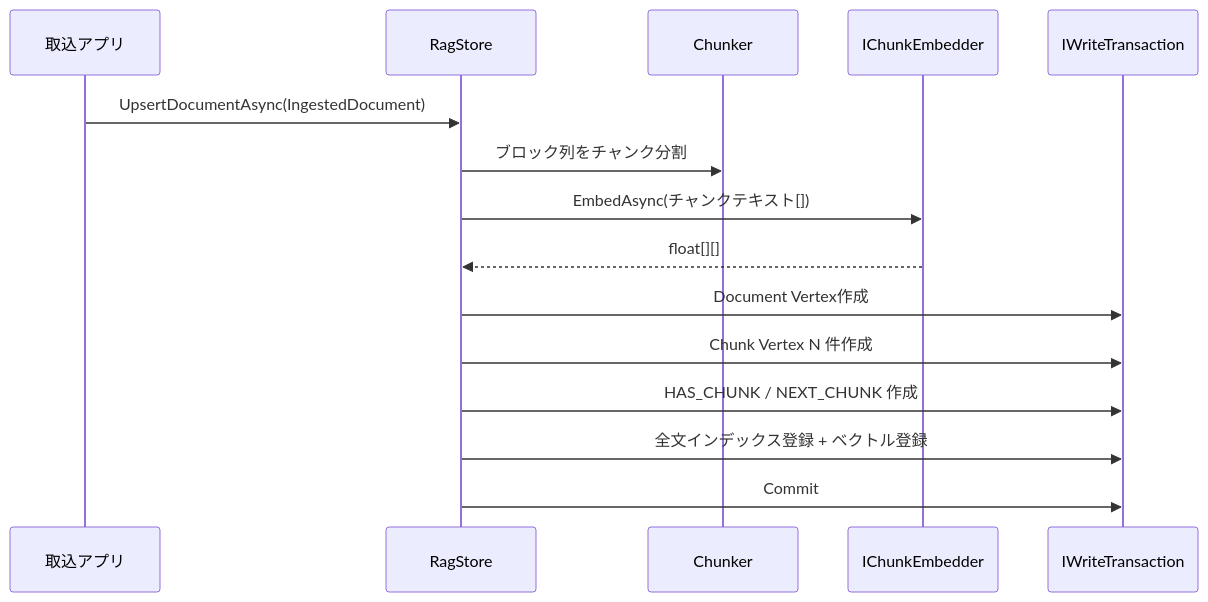
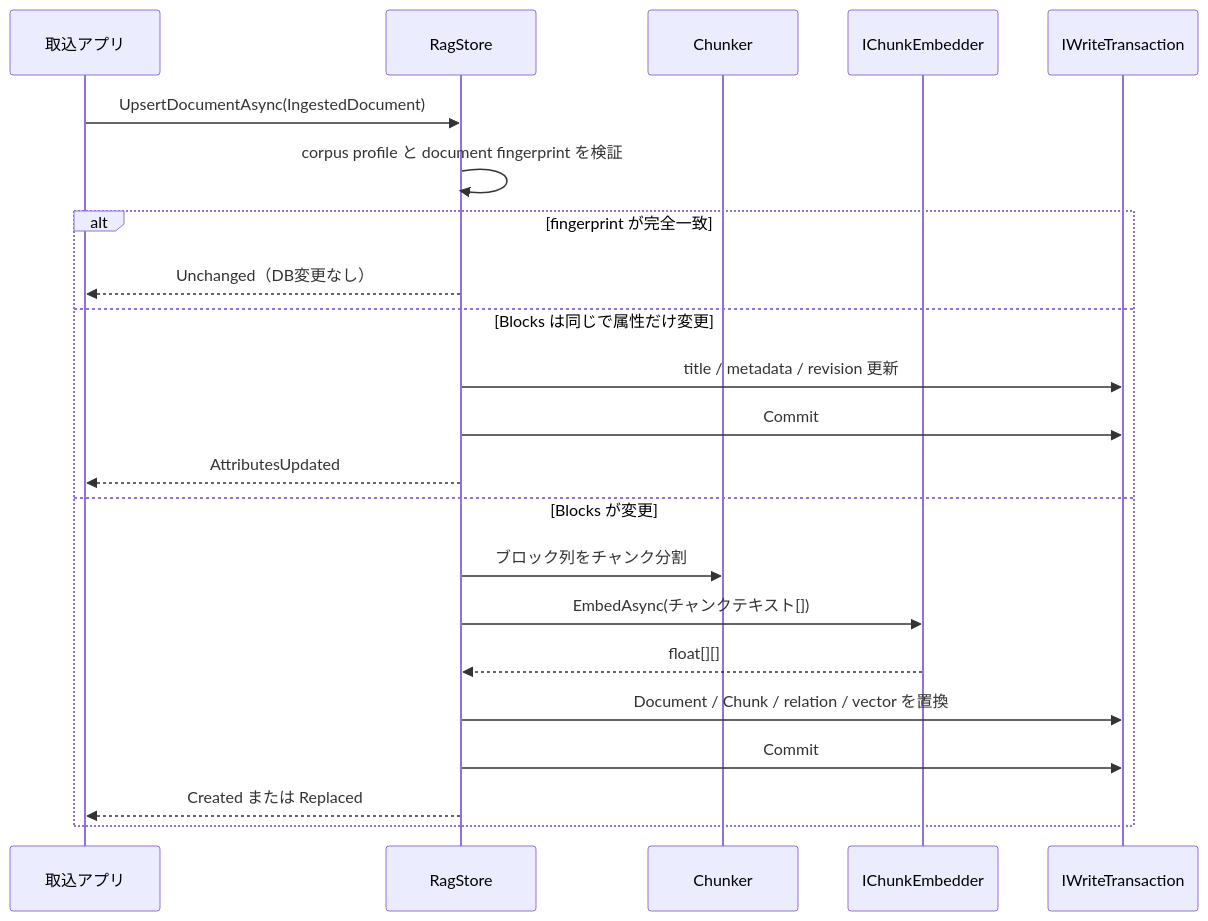
One commit to delicioustuna/Quiver changed the third of 5 diagrams in docs/architecture-diagrams.md. Above: the diagram before and after it, drawn with Mermaid. The commit also changed other lines of this file and 183 other files, not shown here.

````diff
--- a/docs/architecture-diagrams.md
+++ b/docs/architecture-diagrams.md
@@ -80,18 +80,25 @@
 ```mermaid
 sequenceDiagram
     participant Ext as 取込アプリ
     participant Rag as RagStore
     participant Chk as Chunker
     participant Emb as IChunkEmbedder
     participant DB as IWriteTransaction
 
     Ext->>Rag: UpsertDocumentAsync(IngestedDocument)
-    Rag->>Chk: ブロック列をチャンク分割
-    Rag->>Emb: EmbedAsync(チャンクテキスト[])
-    Emb-->>Rag: float[][]
-    Rag->>DB: Document Vertex作成
-    Rag->>DB: Chunk Vertex N 件作成
-    Rag->>DB: HAS_CHUNK / NEXT_CHUNK 作成
-    Rag->>DB: 全文インデックス登録 + ベクトル登録
-    Rag->>DB: Commit
+    Rag->>Rag: corpus profile と document fingerprint を検証
+    alt fingerprint が完全一致
+        Rag-->>Ext: Unchanged（DB変更なし）
+    else Blocks は同じで属性だけ変更
+        Rag->>DB: title / metadata / revision 更新
+        Rag->>DB: Commit
+        Rag-->>Ext: AttributesUpdated
+    else Blocks が変更
+        Rag->>Chk: ブロック列をチャンク分割
+        Rag->>Emb: EmbedAsync(チャンクテキスト[])
+        Emb-->>Rag: float[][]
+        Rag->>DB: Document / Chunk / relation / vector を置換
+        Rag->>DB: Commit
+        Rag-->>Ext: Created または Replaced
+    end
 ```
````
